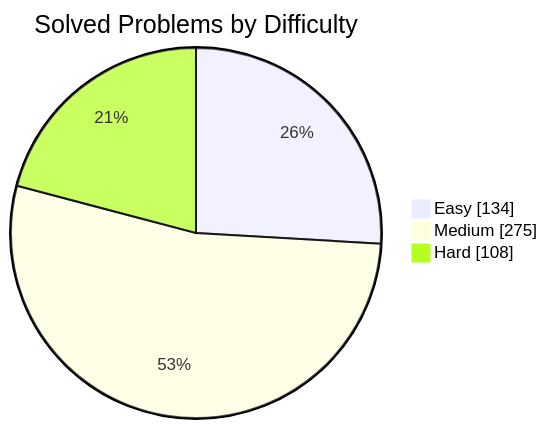
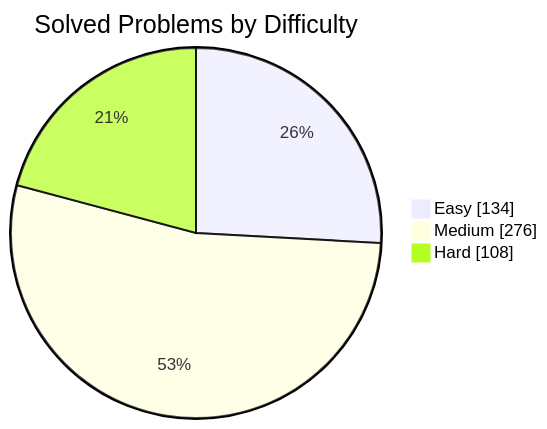
Before and after one commit to manikantbindass/DSA-Preparation-FAANG: the first of 2 diagrams in README.md, drawn with Mermaid. The commit also changed other lines of this file and 1 other file, not shown here.

````diff
--- a/README.md
+++ b/README.md
@@ -79,7 +79,7 @@
 ```mermaid
 pie showData
     title Solved Problems by Difficulty
     "Easy" : 134
-    "Medium" : 275
+    "Medium" : 276
     "Hard" : 108
 ```
````
